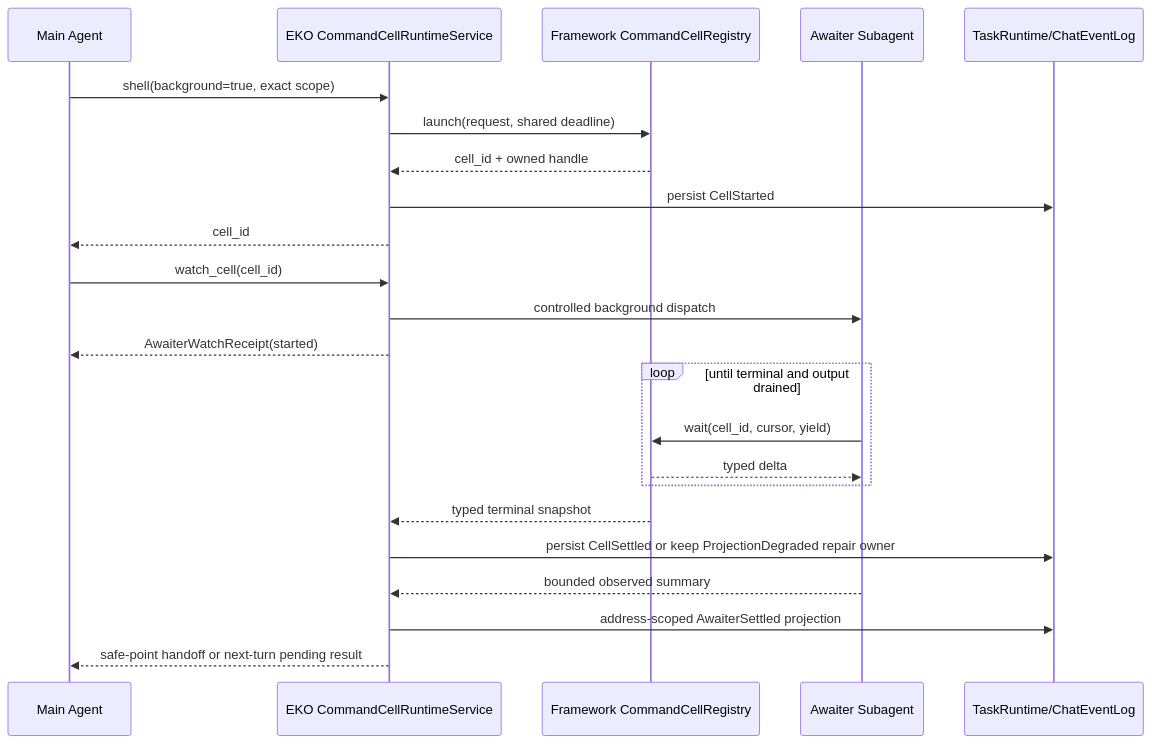
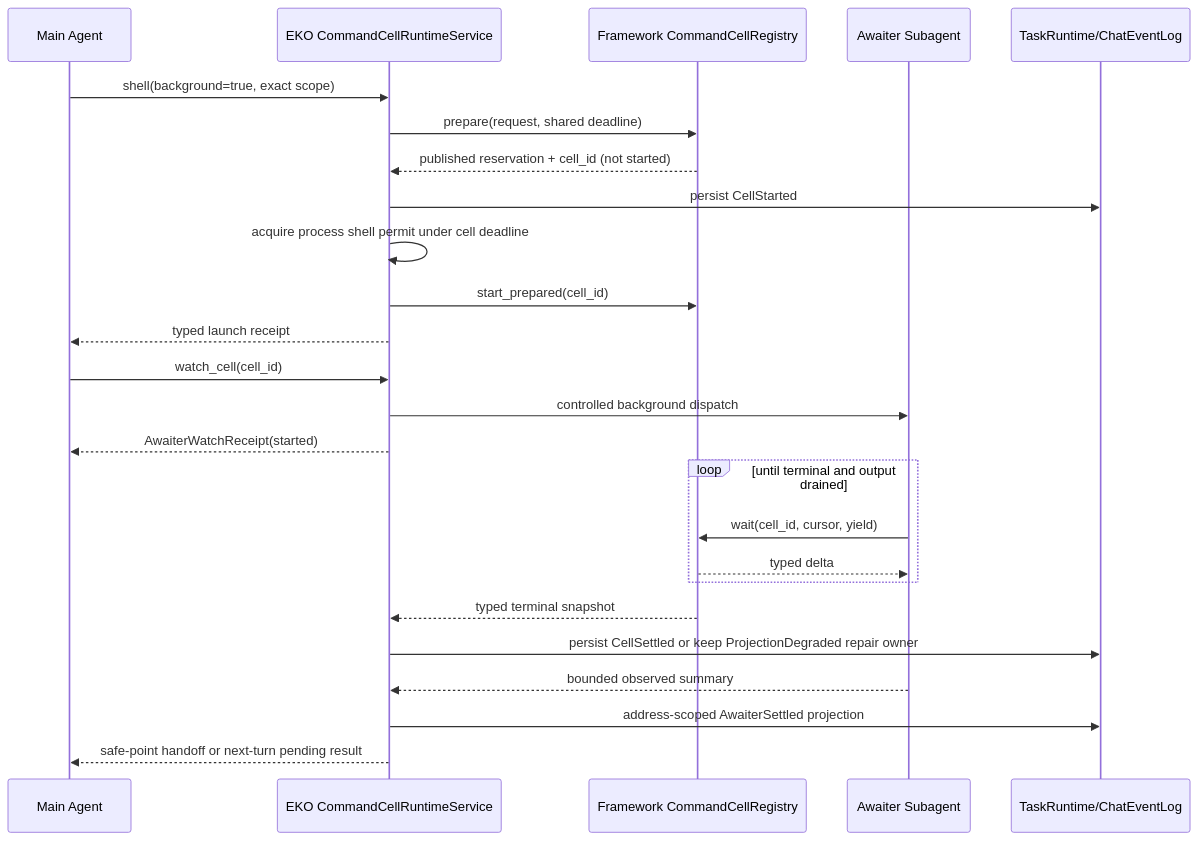
The diagram in design/specs/long-horizon-runtime-closure.md (EchoYue-lp/echo-agent-cli), drawn with Mermaid before and after one commit. The commit also changed other lines of this file and 4 other files, not shown here.

````diff
--- a/design/specs/long-horizon-runtime-closure.md
+++ b/design/specs/long-horizon-runtime-closure.md
@@ -195,26 +328,28 @@
 ```mermaid
 sequenceDiagram
     participant M as Main Agent
     participant E as EKO CommandCellRuntimeService
     participant C as Framework CommandCellRegistry
     participant A as Awaiter Subagent
     participant S as TaskRuntime/ChatEventLog
 
     M->>E: shell(background=true, exact scope)
-    E->>C: launch(request, shared deadline)
-    C-->>E: cell_id + owned handle
+    E->>C: prepare(request, shared deadline)
+    C-->>E: published reservation + cell_id (not started)
     E->>S: persist CellStarted
-    E-->>M: cell_id
+    E->>E: acquire process shell permit under cell deadline
+    E->>C: start_prepared(cell_id)
+    E-->>M: typed launch receipt
     M->>E: watch_cell(cell_id)
     E->>A: controlled background dispatch
     E-->>M: AwaiterWatchReceipt(started)
     loop until terminal and output drained
         A->>C: wait(cell_id, cursor, yield)
         C-->>A: typed delta
     end
     C-->>E: typed terminal snapshot
     E->>S: persist CellSettled or keep ProjectionDegraded repair owner
     A-->>E: bounded observed summary
     E->>S: address-scoped AwaiterSettled projection
     E-->>M: safe-point handoff or next-turn pending result
 ```
````
